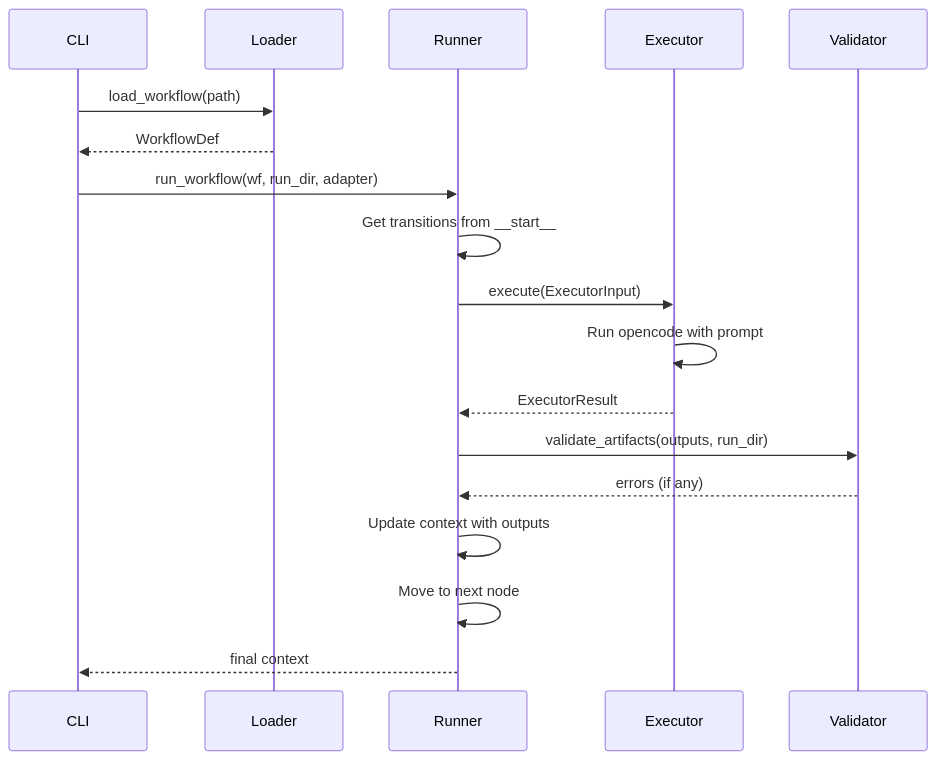
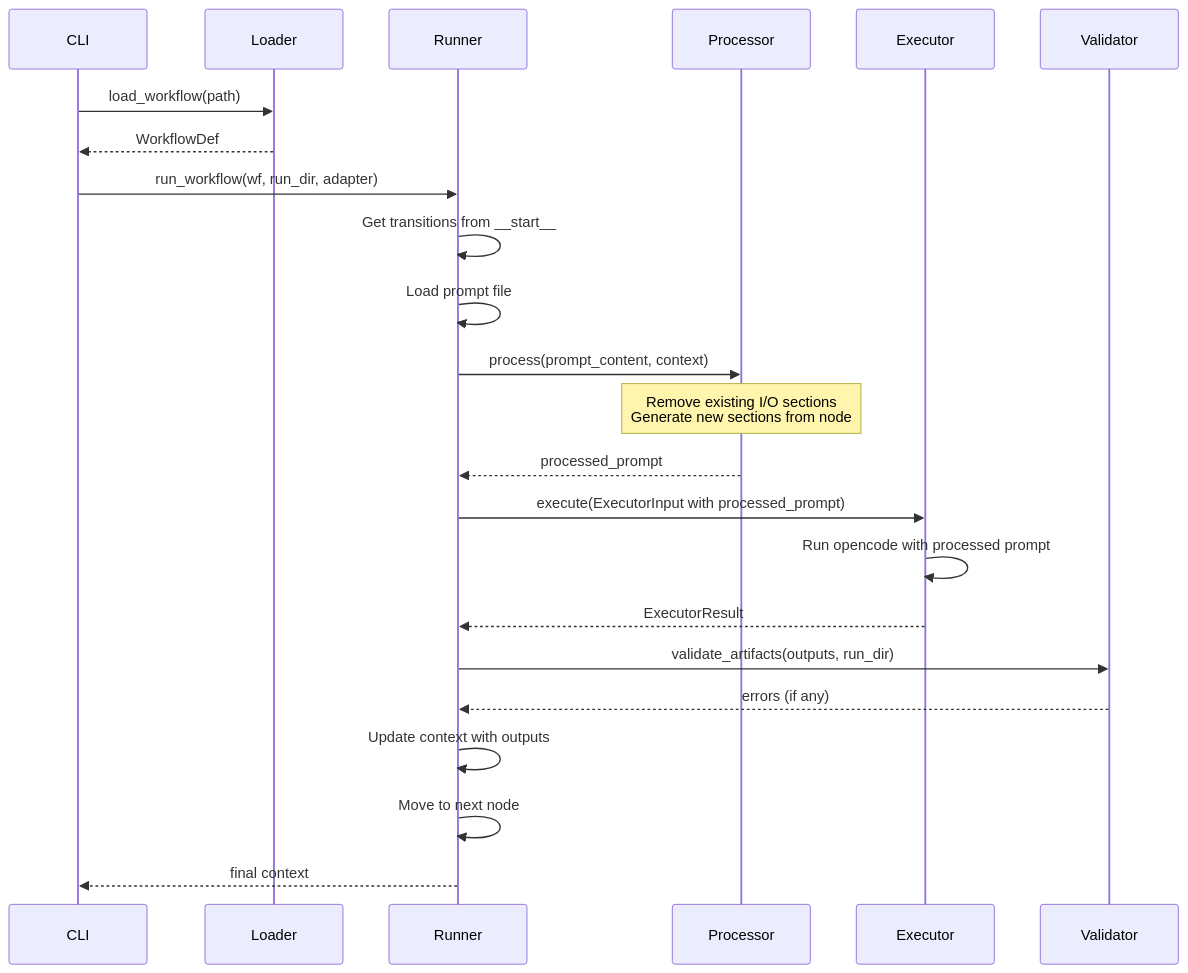
The sixth of 6 diagrams in ARCHITECTURE.md (ccijunk/ai-workflow), drawn with Mermaid before and after one commit. The commit also changed other lines of this file, not shown here.

Commit message:
docs: update ARCHITECTURE.md with Processor system and testability

````diff
--- a/ARCHITECTURE.md
+++ b/ARCHITECTURE.md
@@ -270,21 +315,26 @@
 ```mermaid
 sequenceDiagram
     participant CLI
     participant Loader
     participant Runner
+    participant Processor
     participant Executor
     participant Validator
     
     CLI->>Loader: load_workflow(path)
     Loader-->>CLI: WorkflowDef
     CLI->>Runner: run_workflow(wf, run_dir, adapter)
     Runner->>Runner: Get transitions from __start__
-    Runner->>Executor: execute(ExecutorInput)
-    Executor->>Executor: Run opencode with prompt
+    Runner->>Runner: Load prompt file
+    Runner->>Processor: process(prompt_content, context)
+    Note over Processor: Remove existing I/O sections<br/>Generate new sections from node
+    Processor-->>Runner: processed_prompt
+    Runner->>Executor: execute(ExecutorInput with processed_prompt)
+    Executor->>Executor: Run opencode with processed prompt
     Executor-->>Runner: ExecutorResult
     Runner->>Validator: validate_artifacts(outputs, run_dir)
     Validator-->>Runner: errors (if any)
     Runner->>Runner: Update context with outputs
     Runner->>Runner: Move to next node
     Runner-->>CLI: final context
 ```
````
